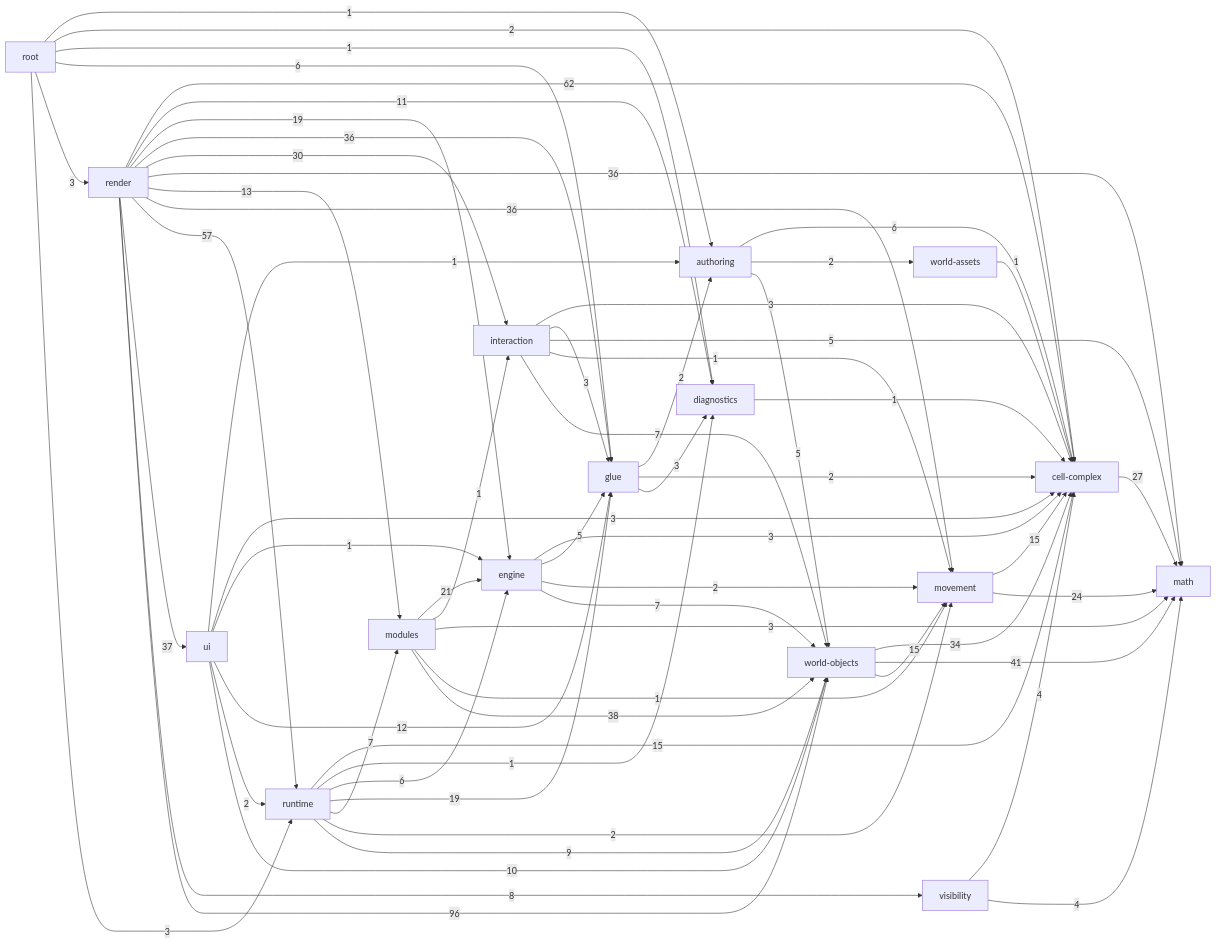
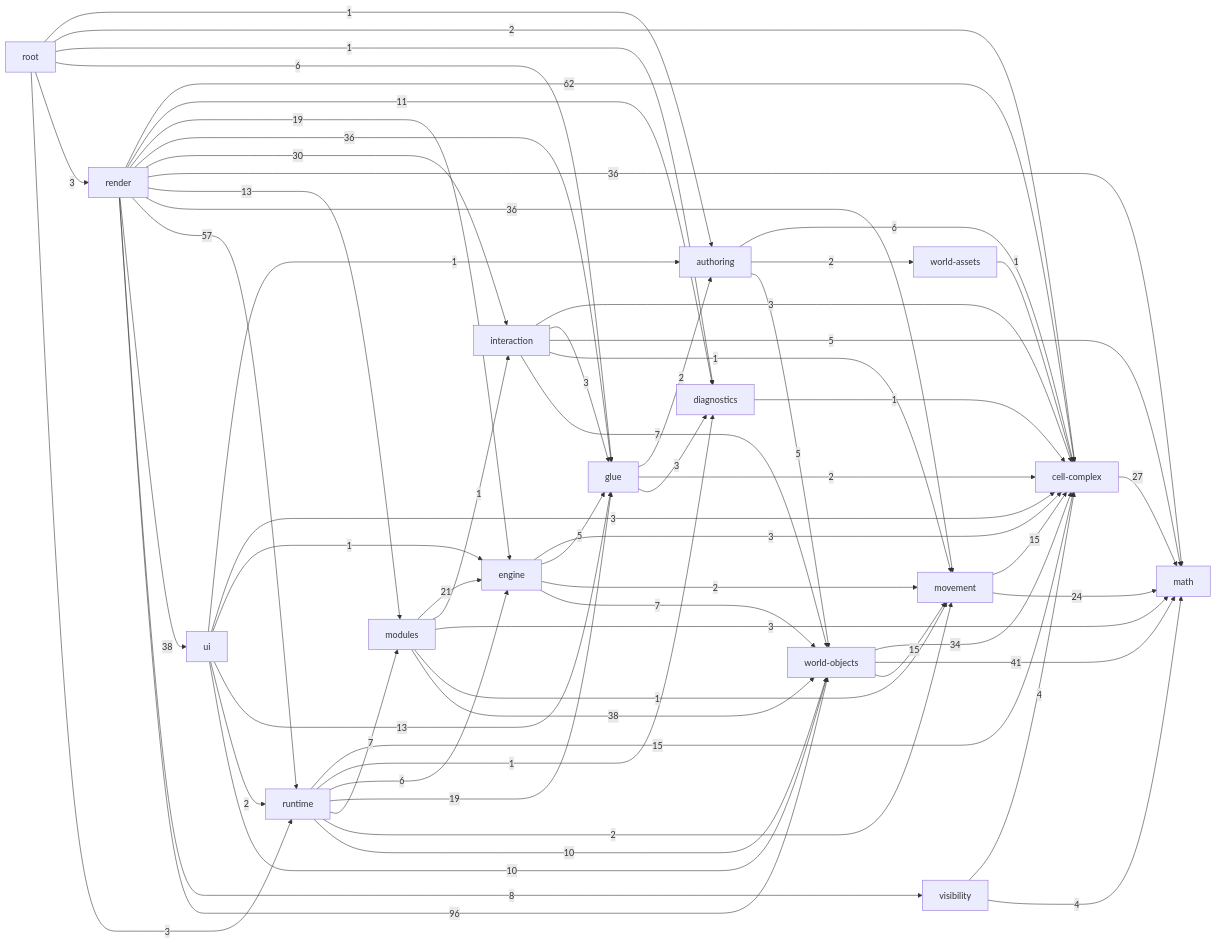
The diagram in _docs/generated/ARCHITECTURE_REFERENCE.md (guraltsev/noneuclid-fpv), drawn with Mermaid before and after one commit. The commit also changed other lines of this file and 41 other files, not shown here.

````diff
--- a/_docs/generated/ARCHITECTURE_REFERENCE.md
+++ b/_docs/generated/ARCHITECTURE_REFERENCE.md
@@ -37,80 +37,80 @@
 ```mermaid
 flowchart LR
   math["math"]
   cell_complex["cell-complex"]
   diagnostics["diagnostics"]
   visibility["visibility"]
   movement["movement"]
   world_assets["world-assets"]
   world_objects["world-objects"]
   authoring["authoring"]
   glue["glue"]
   interaction["interaction"]
   engine["engine"]
   modules["modules"]
   runtime["runtime"]
   ui["ui"]
   render["render"]
   root["root"]
   authoring -->|6| cell_complex
   authoring -->|2| world_assets
   authoring -->|5| world_objects
   cell_complex -->|27| math
   diagnostics -->|1| cell_complex
   engine -->|3| cell_complex
   engine -->|5| glue
   engine -->|2| movement
   engine -->|7| world_objects
   glue -->|2| authoring
   glue -->|2| cell_complex
   glue -->|3| diagnostics
   interaction -->|3| cell_complex
   interaction -->|3| glue
   interaction -->|5| math
   interaction -->|1| movement
   interaction -->|7| world_objects
   modules -->|21| engine
   modules -->|1| interaction
   modules -->|3| math
   modules -->|1| movement
   modules -->|38| world_objects
   movement -->|15| cell_complex
   movement -->|24| math
   render -->|62| cell_complex
   render -->|11| diagnostics
   render -->|19| engine
   render -->|36| glue
   render -->|30| interaction
   render -->|36| math
   render -->|13| modules
   render -->|36| movement
   render -->|57| runtime
-  render -->|37| ui
+  render -->|38| ui
   render -->|8| visibility
   render -->|96| world_objects
   root -->|1| authoring
   root -->|2| cell_complex
   root -->|1| diagnostics
   root -->|6| glue
   root -->|3| render
   root -->|3| runtime
   runtime -->|15| cell_complex
   runtime -->|1| diagnostics
   runtime -->|6| engine
   runtime -->|19| glue
   runtime -->|7| modules
   runtime -->|2| movement
-  runtime -->|9| world_objects
+  runtime -->|10| world_objects
   ui -->|1| authoring
   ui -->|3| cell_complex
   ui -->|1| engine
-  ui -->|12| glue
+  ui -->|13| glue
   ui -->|2| runtime
   ui -->|10| world_objects
   visibility -->|4| cell_complex
   visibility -->|4| math
   world_assets -->|1| cell_complex
   world_objects -->|34| cell_complex
   world_objects -->|41| math
   world_objects -->|15| movement
 ```
````
